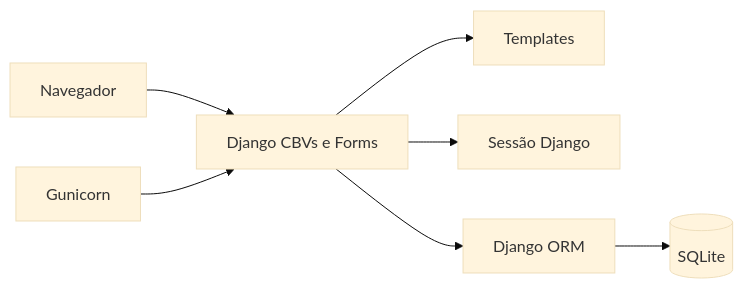
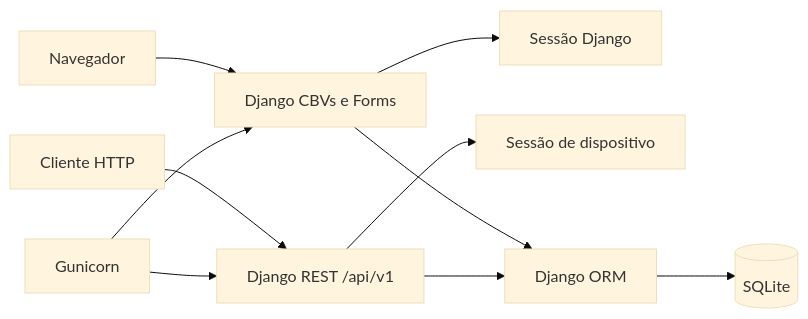
The first of 3 diagrams in docs/architecture.md (Ludsonfrancisco/finanpy), drawn with Mermaid (base theme) before and after one commit. The commit also changed other lines of this file and 10 other files, not shown here.

````diff
--- a/docs/architecture.md
+++ b/docs/architecture.md
@@ -22,9 +22,12 @@
 ```mermaid
 flowchart LR
-    Browser["Navegador"] --> Views["Django CBVs e Forms"]
-    Views --> Templates["Templates"]
-    Views --> Auth["Sessão Django"]
-    Views --> ORM["Django ORM"]
+    Browser["Navegador"] --> Web["Django CBVs e Forms"]
+    ApiClient["Cliente HTTP"] --> API["Django REST /api/v1"]
+    Web --> Session["Sessão Django"]
+    API --> DeviceAuth["Sessão de dispositivo"]
+    Web --> ORM["Django ORM"]
+    API --> ORM
     ORM --> SQLite[("SQLite")]
-    Gunicorn["Gunicorn"] --> Views
+    Gunicorn["Gunicorn"] --> Web
+    Gunicorn --> API
 ```
````
